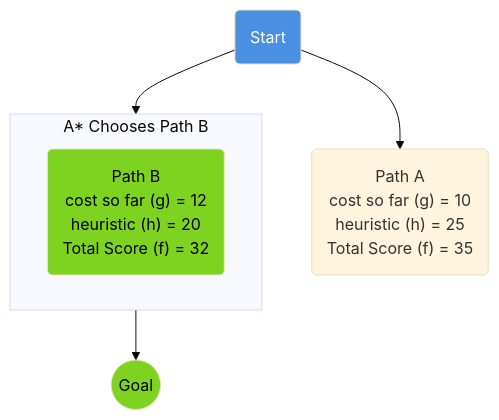
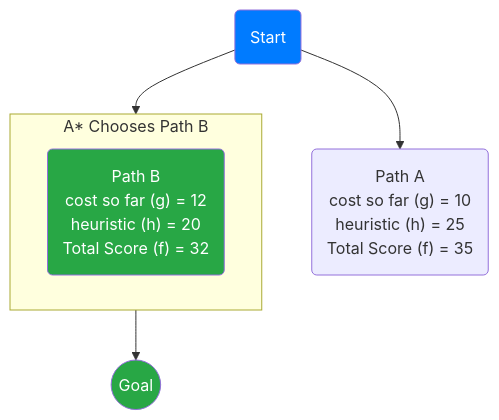
The second of 4 diagrams in _posts/2025-08-08-ai-search-algorithms-a-z.md (eltay89/eltay89.github.io), drawn with Mermaid before and after one commit. The commit also changed other lines of this file, not shown here.

````diff
--- a/_posts/2025-08-08-ai-search-algorithms-a-z.md
+++ b/_posts/2025-08-08-ai-search-algorithms-a-z.md
@@ -115,18 +114,17 @@
 ```mermaid
-%%{ init: { 'theme': 'base' } }%%
 graph TD
     S(Start) --> A("Path A <br> cost so far (g) = 10 <br> heuristic (h) = 25 <br> Total Score (f) = 35");
     S --> B("Path B <br> cost so far (g) = 12 <br> heuristic (h) = 20 <br> Total Score (f) = 32");
 
     B --> Goal((Goal));
 
     subgraph "A* Chooses Path B"
         direction LR
         B
     end
     
-    style S fill:#4a90e2,color:#fff
-    style B fill:#7ed321,color:#000;
-    classDef goal fill:#7ed321,color:#000;
+    style S fill:#007bff,color:#fff
+    style B fill:#28a745,color:#fff;
+    classDef goal fill:#28a745,color:#fff;
     class Goal goal;
 ```
````
